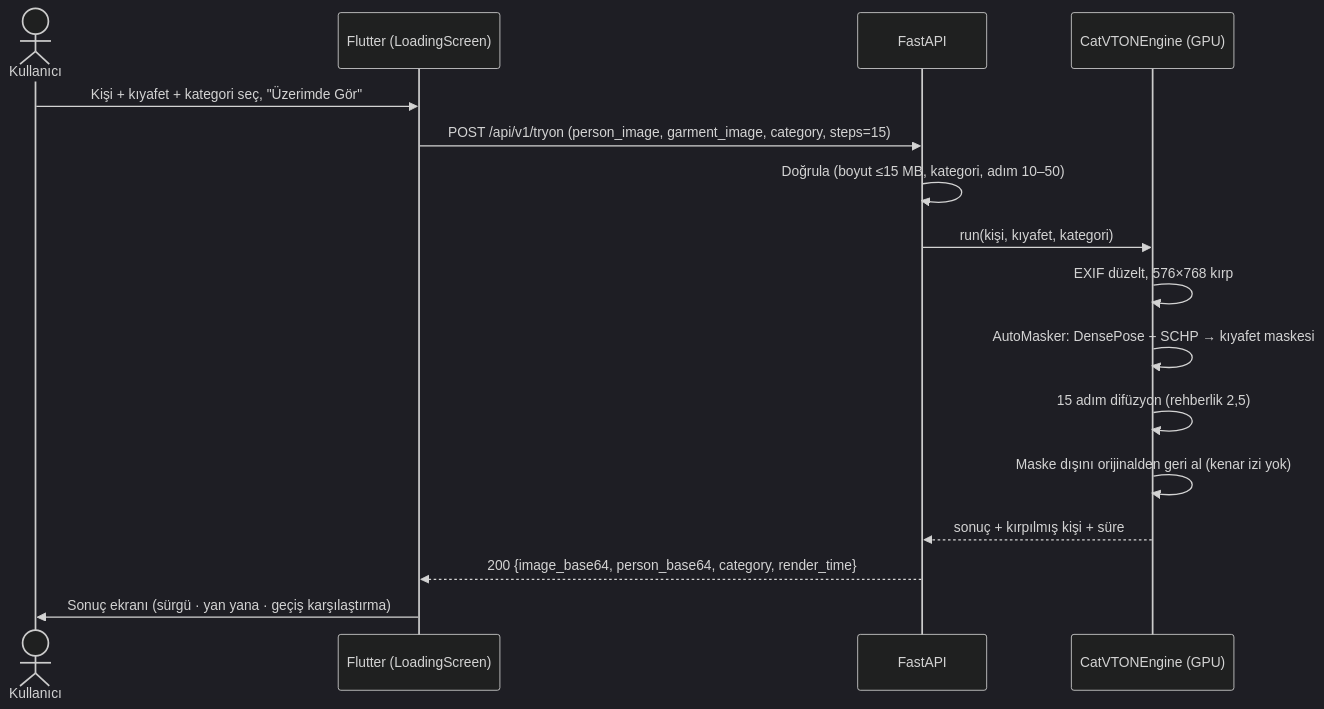
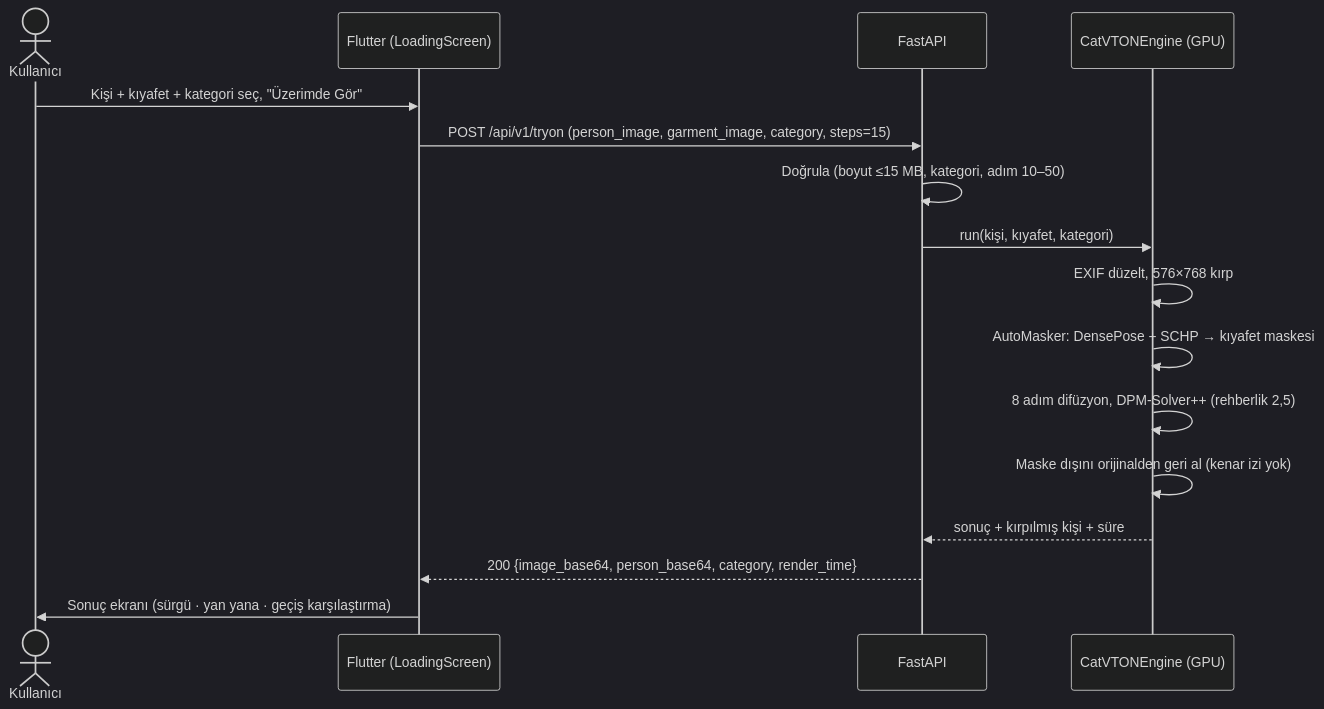
Before and after one commit to mstfgkts5/virtual-try-on-mobile: the second of 6 diagrams in ARCHITECTURE.md, drawn with Mermaid (dark theme). The commit also changed other lines of this file and 17 other files, not shown here.

Commit message:
perf: DPM-Solver++ sampler (full 8 steps ~5 s, live preview 3 steps ~1 s), two requests in flight, JPEG preview

````diff
--- a/ARCHITECTURE.md
+++ b/ARCHITECTURE.md
@@ -55,19 +55,19 @@
 ```mermaid
 sequenceDiagram
     actor U as Kullanıcı
     participant App as Flutter (LoadingScreen)
     participant API as FastAPI
     participant E as CatVTONEngine (GPU)
 
     U->>App: Kişi + kıyafet + kategori seç, "Üzerimde Gör"
     App->>API: POST /api/v1/tryon (person_image, garment_image, category, steps=15)
     API->>API: Doğrula (boyut ≤15 MB, kategori, adım 10–50)
     API->>E: run(kişi, kıyafet, kategori)
     E->>E: EXIF düzelt, 576×768 kırp
     E->>E: AutoMasker: DensePose + SCHP → kıyafet maskesi
-    E->>E: 15 adım difüzyon (rehberlik 2,5)
+    E->>E: 8 adım difüzyon, DPM-Solver++ (rehberlik 2,5)
     E->>E: Maske dışını orijinalden geri al (kenar izi yok)
     E-->>API: sonuç + kırpılmış kişi + süre
     API-->>App: 200 {image_base64, person_base64, category, render_time}
     App->>U: Sonuç ekranı (sürgü · yan yana · geçiş karşılaştırma)
 ```
````
